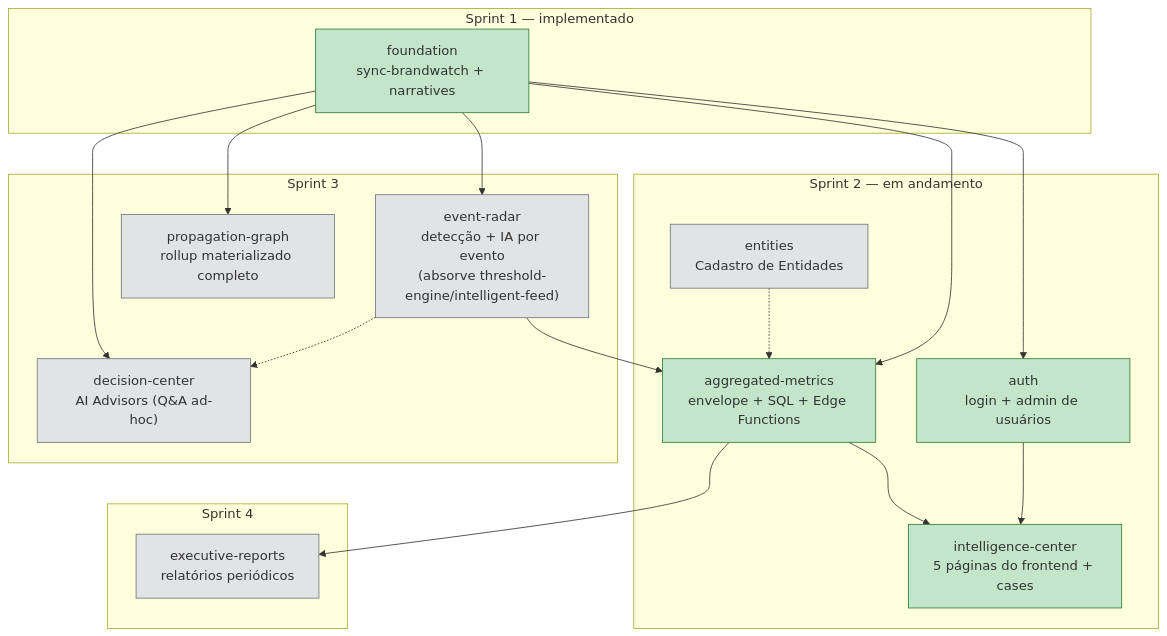
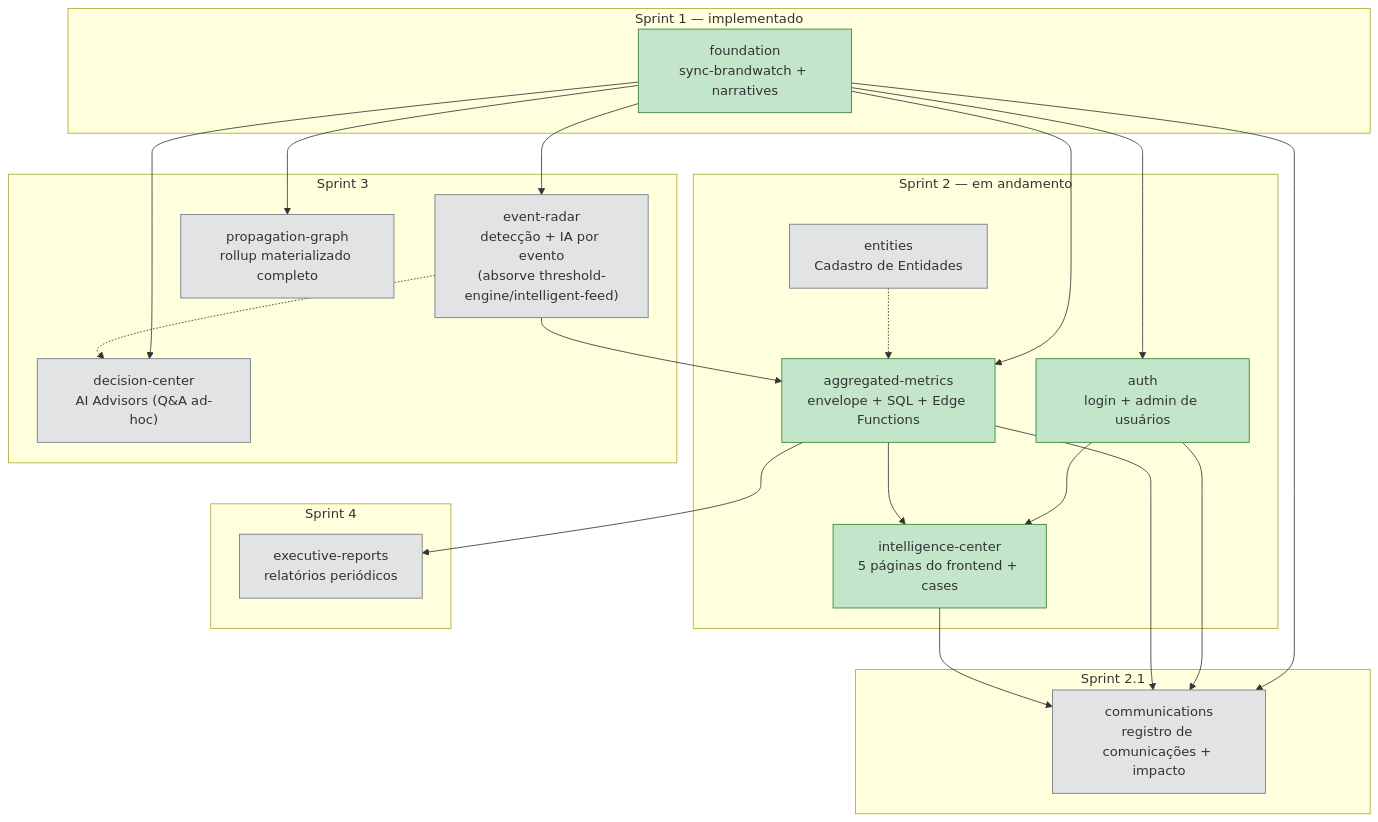
One commit to reputationcustom/dev-reputation changed the diagram in .dev/specs/_architecture.md. Above: the diagram before and after it, drawn with Mermaid. The commit also changed other lines of this file and 40 other files, not shown here.

````diff
--- a/.dev/specs/_architecture.md
+++ b/.dev/specs/_architecture.md
@@ -20,48 +20,58 @@
 ```mermaid
 graph TD
     subgraph SPRINT1["Sprint 1 — implementado"]
         FOUNDATION["foundation<br/>sync-brandwatch + narratives"]
     end
 
     subgraph SPRINT2["Sprint 2 — em andamento"]
         AUTH["auth<br/>login + admin de usuários"]
         AGGMETRICS["aggregated-metrics<br/>envelope + SQL + Edge Functions"]
         INTEL["intelligence-center<br/>5 páginas do frontend + cases"]
         ENTITIES["entities<br/>Cadastro de Entidades"]
+    end
+
+    subgraph SPRINT2_1["Sprint 2.1"]
+        COMMUNICATIONS["communications<br/>registro de comunicações + impacto"]
     end
 
     subgraph SPRINT3["Sprint 3"]
         EVENTRADAR["event-radar<br/>detecção + IA por evento<br/>(absorve threshold-engine/intelligent-feed)"]
         PROPGRAPH["propagation-graph<br/>rollup materializado completo"]
         DECISIONCENTER["decision-center<br/>AI Advisors (Q&A ad-hoc)"]
     end
 
     subgraph SPRINT4["Sprint 4"]
         REPORTS["executive-reports<br/>relatórios periódicos"]
     end
 
     FOUNDATION --> AUTH
     FOUNDATION --> AGGMETRICS
     FOUNDATION --> EVENTRADAR
     FOUNDATION --> PROPGRAPH
     FOUNDATION --> DECISIONCENTER
 
     AUTH --> INTEL
     AGGMETRICS --> INTEL
     ENTITIES -.-> AGGMETRICS
 
+    FOUNDATION --> COMMUNICATIONS
+    AUTH --> COMMUNICATIONS
+    AGGMETRICS --> COMMUNICATIONS
+    INTEL --> COMMUNICATIONS
+
     EVENTRADAR --> AGGMETRICS
     EVENTRADAR -.-> DECISIONCENTER
 
     AGGMETRICS --> REPORTS
 
     style FOUNDATION fill:#c3e6cb,stroke:#2e7d32
     style AUTH fill:#c3e6cb,stroke:#2e7d32
     style AGGMETRICS fill:#c3e6cb,stroke:#2e7d32
     style INTEL fill:#c3e6cb,stroke:#2e7d32
     style ENTITIES fill:#e2e3e5,stroke:#6c757d
+    style COMMUNICATIONS fill:#e2e3e5,stroke:#6c757d
     style EVENTRADAR fill:#e2e3e5,stroke:#6c757d
     style PROPGRAPH fill:#e2e3e5,stroke:#6c757d
     style DECISIONCENTER fill:#e2e3e5,stroke:#6c757d
     style REPORTS fill:#e2e3e5,stroke:#6c757d
 ```
````
